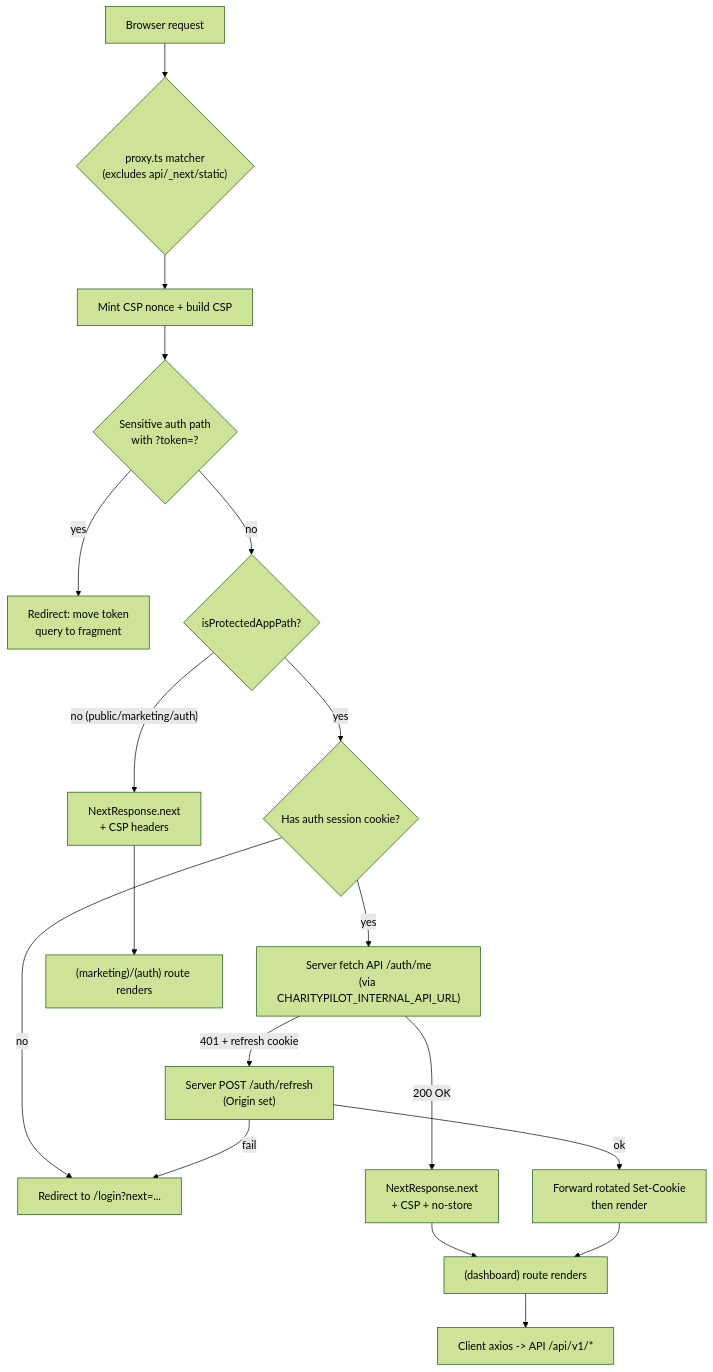
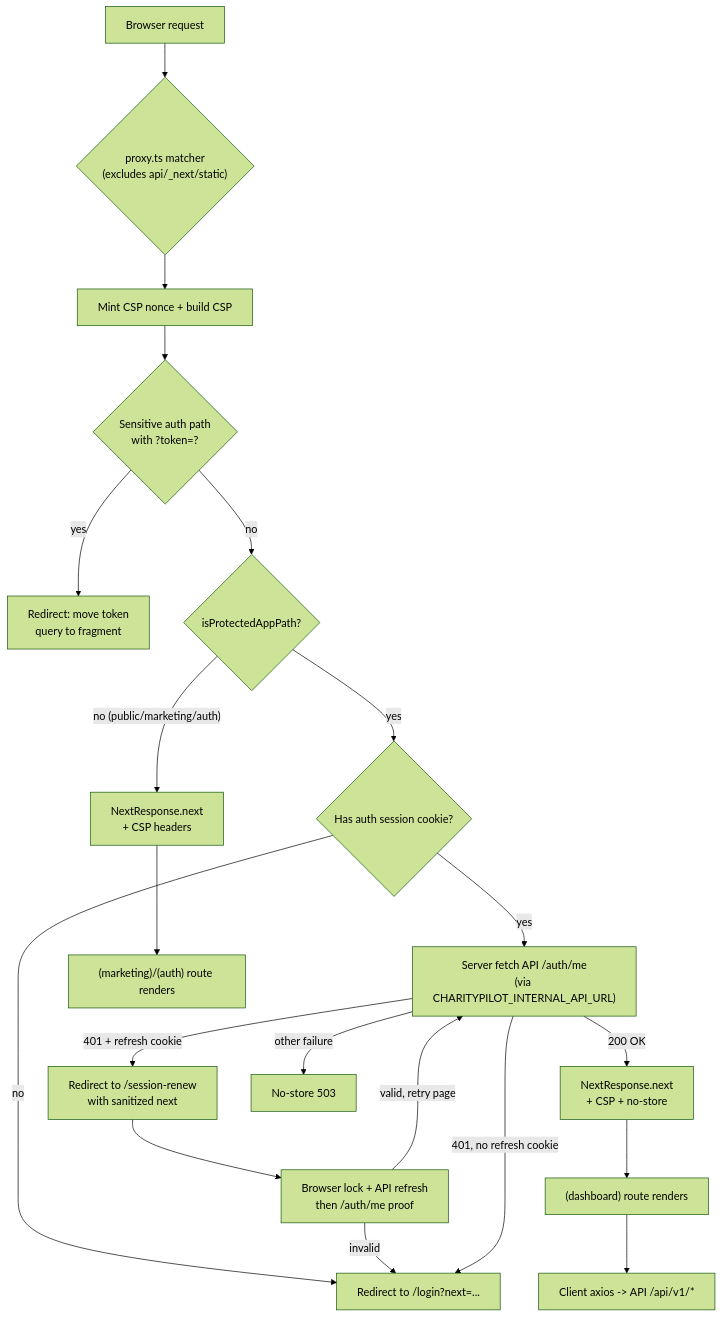
The first of 2 diagrams in docs/architecture/09-frontend.md (jasperfordesq-ai/charity-governance), drawn with Mermaid (forest theme) before and after one commit. The commit also changed other lines of this file and 332 other files, not shown here.

````diff
--- a/docs/architecture/09-frontend.md
+++ b/docs/architecture/09-frontend.md
@@ -77,20 +77,22 @@
 ```mermaid
 flowchart TD
   Browser["Browser request"] --> Matcher{"proxy.ts matcher<br/>(excludes api/_next/static)"}
   Matcher --> Nonce["Mint CSP nonce + build CSP"]
   Nonce --> Sensitive{"Sensitive auth path<br/>with ?token=?"}
   Sensitive -->|"yes"| MoveToken["Redirect: move token<br/>query to fragment"]
   Sensitive -->|"no"| Protected{"isProtectedAppPath?"}
   Protected -->|"no (public/marketing/auth)"| Pass["NextResponse.next<br/>+ CSP headers"]
   Protected -->|"yes"| HasCookie{"Has auth session cookie?"}
   HasCookie -->|"no"| Login["Redirect to /login?next=..."]
   HasCookie -->|"yes"| MeCheck["Server fetch API /auth/me<br/>(via CHARITYPILOT_INTERNAL_API_URL)"]
   MeCheck -->|"200 OK"| Render["NextResponse.next<br/>+ CSP + no-store"]
-  MeCheck -->|"401 + refresh cookie"| RefreshSrv["Server POST /auth/refresh<br/>(Origin set)"]
-  RefreshSrv -->|"ok"| ForwardCookies["Forward rotated Set-Cookie<br/>then render"]
-  RefreshSrv -->|"fail"| Login
+  MeCheck -->|"401 + refresh cookie"| Renew["Redirect to /session-renew<br/>with sanitized next"]
+  Renew --> BrowserRefresh["Browser lock + API refresh<br/>then /auth/me proof"]
+  BrowserRefresh -->|"valid, retry page"| MeCheck
+  BrowserRefresh -->|"invalid"| Login
+  MeCheck -->|"401, no refresh cookie"| Login
+  MeCheck -->|"other failure"| Unavailable["No-store 503"]
   Render --> AppRoute["(dashboard) route renders"]
-  ForwardCookies --> AppRoute
   Pass --> PublicRoute["(marketing)/(auth) route renders"]
   AppRoute --> ClientAPI["Client axios -> API /api/v1/*"]
 ```
````
